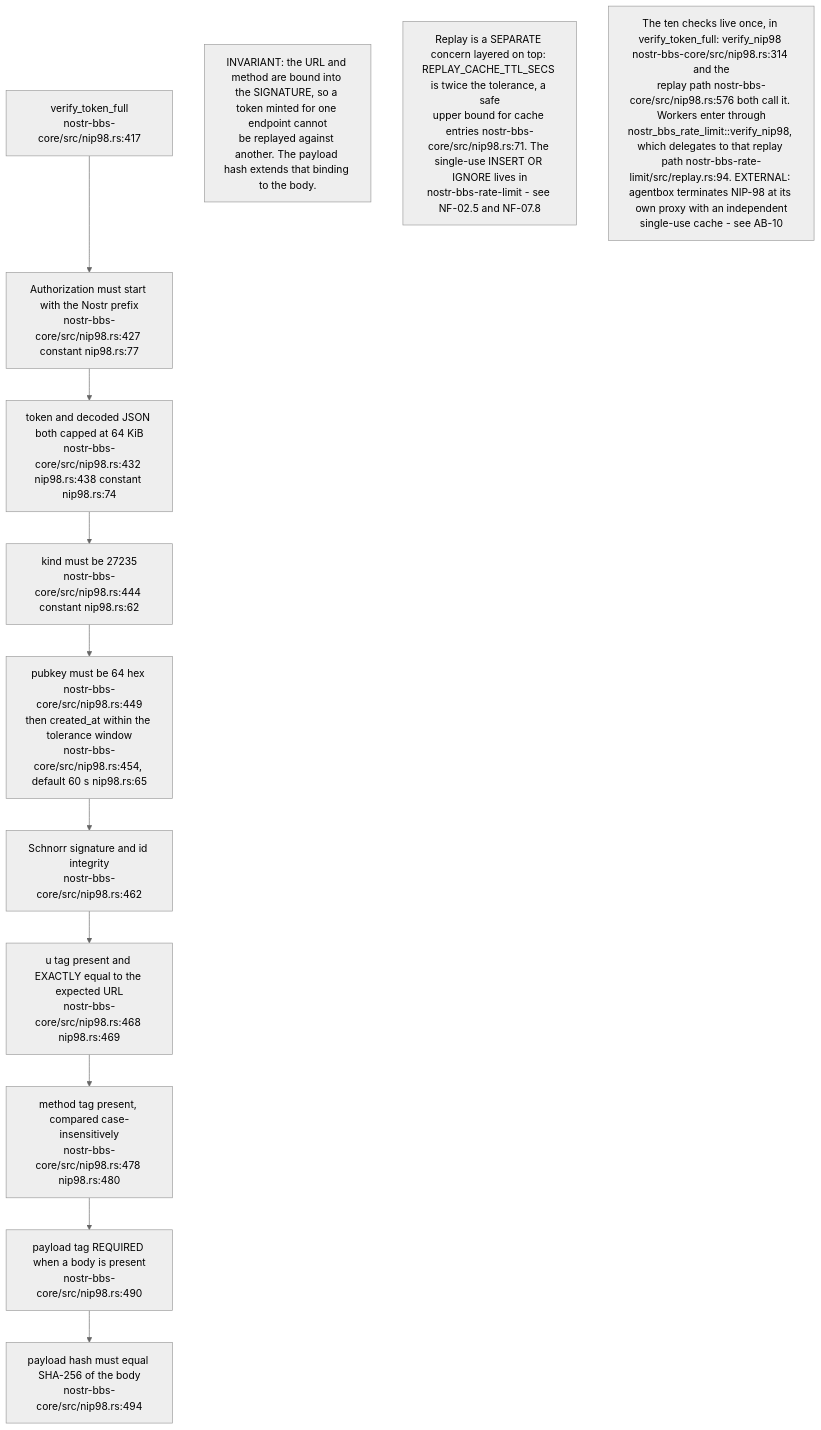
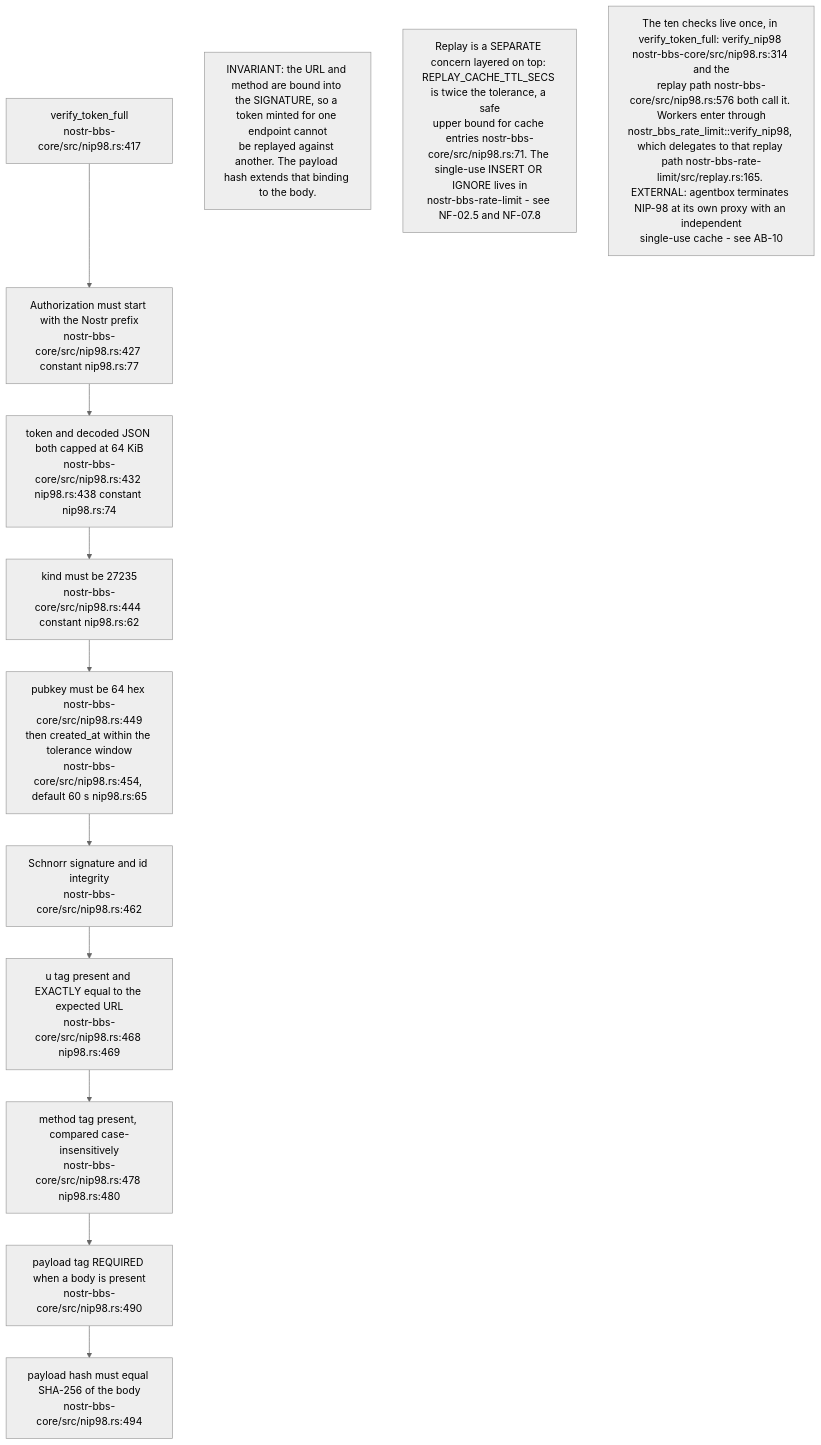
Before and after one commit to DreamLab-AI/VisionFlow: the fifth of 10 diagrams in docs/diagrams/nostr-rust-forum/12-core-wire-crypto-and-federation-envelope.md, drawn with Mermaid (neutral theme). The commit also changed other lines of this file and 154 other files, not shown here.

First line of the commit message:
docs(diagrams): re-stamp 154 topics whose every citation still reads the same text at the current heads

````diff
--- a/docs/diagrams/nostr-rust-forum/12-core-wire-crypto-and-federation-envelope.md
+++ b/docs/diagrams/nostr-rust-forum/12-core-wire-crypto-and-federation-envelope.md
@@ -196,19 +196,19 @@
 ```mermaid
 flowchart TB
     T["verify_token_full<br/>nostr-bbs-core/src/nip98.rs:417"]
     C1["Authorization must start with the Nostr prefix<br/>nostr-bbs-core/src/nip98.rs:427 constant nip98.rs:77"]
     C2["token and decoded JSON both capped at 64 KiB<br/>nostr-bbs-core/src/nip98.rs:432 nip98.rs:438 constant nip98.rs:74"]
     C3["kind must be 27235<br/>nostr-bbs-core/src/nip98.rs:444 constant nip98.rs:62"]
     C4["pubkey must be 64 hex nostr-bbs-core/src/nip98.rs:449<br/>then created_at within the tolerance window<br/>nostr-bbs-core/src/nip98.rs:454, default 60 s nip98.rs:65"]
     C5["Schnorr signature and id integrity<br/>nostr-bbs-core/src/nip98.rs:462"]
     C6["u tag present and EXACTLY equal to the expected URL<br/>nostr-bbs-core/src/nip98.rs:468 nip98.rs:469"]
     C7["method tag present, compared case-insensitively<br/>nostr-bbs-core/src/nip98.rs:478 nip98.rs:480"]
     C8["payload tag REQUIRED when a body is present<br/>nostr-bbs-core/src/nip98.rs:490"]
     C9["payload hash must equal SHA-256 of the body<br/>nostr-bbs-core/src/nip98.rs:494"]
 
     T --> C1 --> C2 --> C3 --> C4 --> C5 --> C6 --> C7 --> C8 --> C9
 
     N1["INVARIANT: the URL and method are bound into the SIGNATURE, so a token minted for one endpoint cannot<br/>be replayed against another. The payload hash extends that binding to the body."]
     N2["Replay is a SEPARATE concern layered on top: REPLAY_CACHE_TTL_SECS is twice the tolerance, a safe<br/>upper bound for cache entries nostr-bbs-core/src/nip98.rs:71. The single-use INSERT OR IGNORE lives in<br/>nostr-bbs-rate-limit - see NF-02.5 and NF-07.8"]
-    N3["The ten checks live once, in verify_token_full: verify_nip98 nostr-bbs-core/src/nip98.rs:314 and the<br/>replay path nostr-bbs-core/src/nip98.rs:576 both call it. Workers enter through<br/>nostr_bbs_rate_limit::verify_nip98, which delegates to that replay path nostr-bbs-rate-limit/src/replay.rs:94. EXTERNAL: agentbox terminates NIP-98 at its own proxy with an independent<br/>single-use cache - see AB-10"]
+    N3["The ten checks live once, in verify_token_full: verify_nip98 nostr-bbs-core/src/nip98.rs:314 and the<br/>replay path nostr-bbs-core/src/nip98.rs:576 both call it. Workers enter through<br/>nostr_bbs_rate_limit::verify_nip98, which delegates to that replay path nostr-bbs-rate-limit/src/replay.rs:165. EXTERNAL: agentbox terminates NIP-98 at its own proxy with an independent<br/>single-use cache - see AB-10"]
 ```
````
